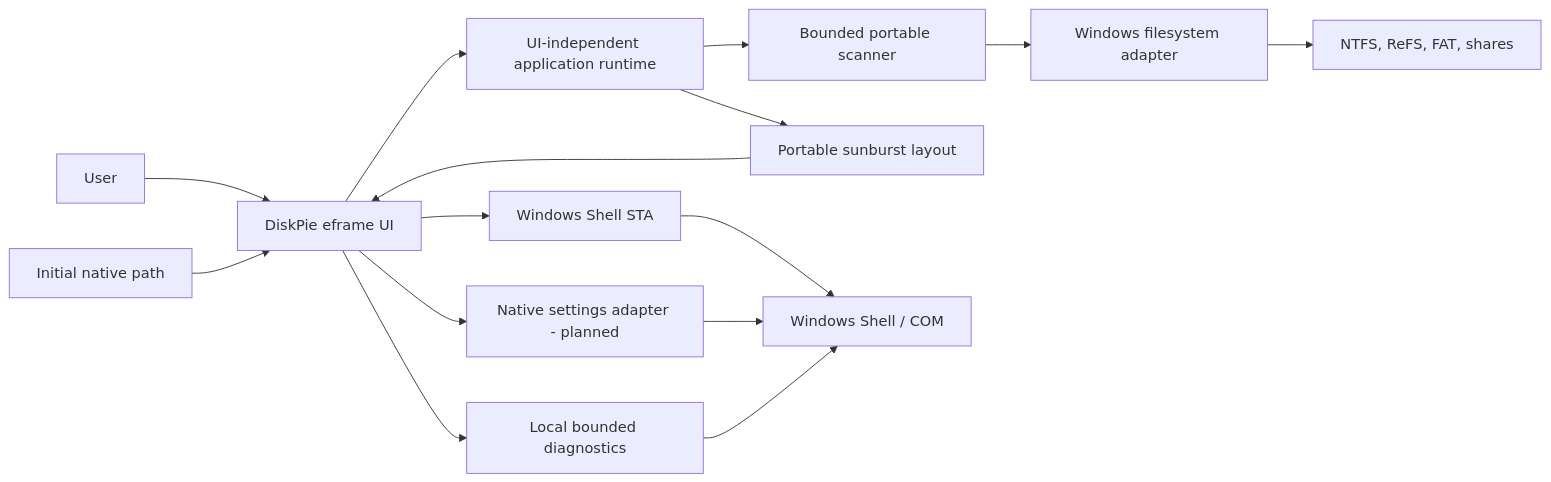
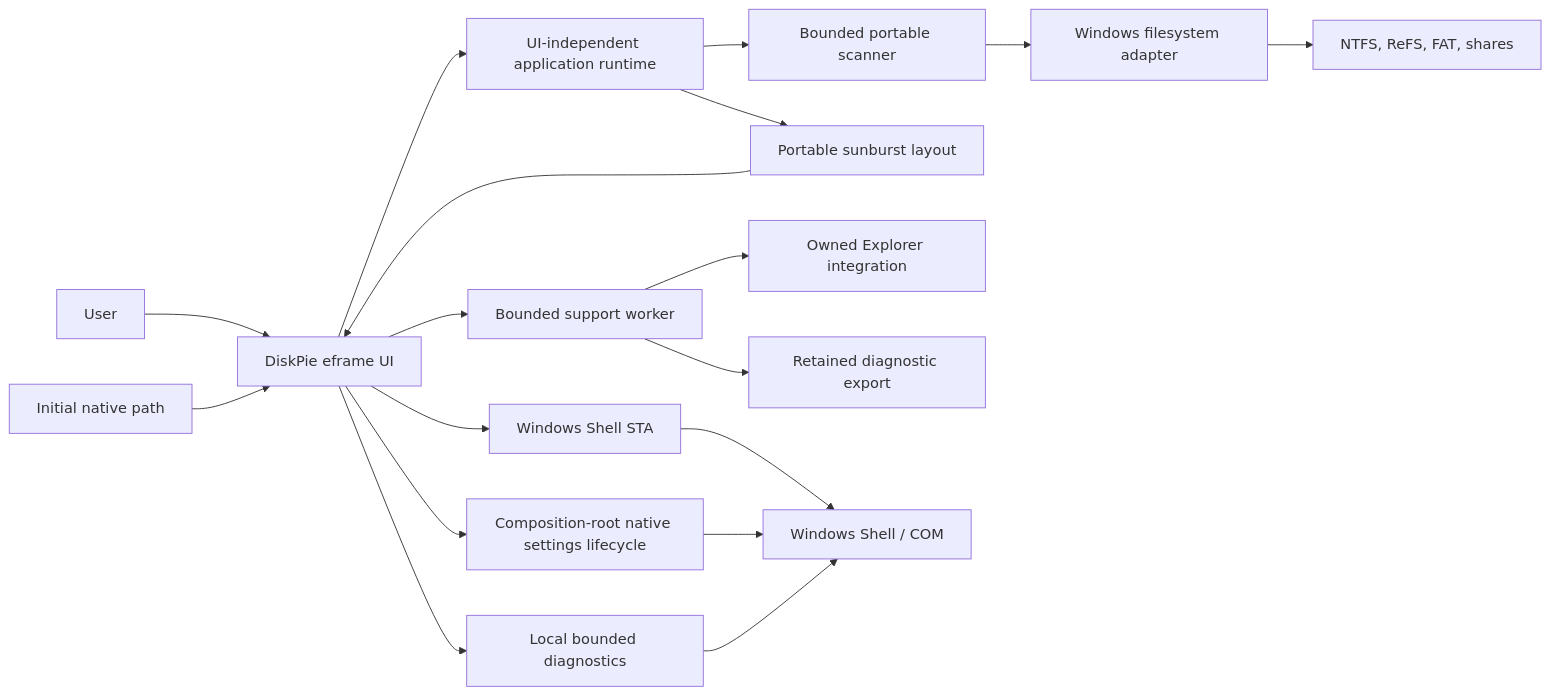
The first of 5 diagrams in docs/architecture.md (Luexi/diskpie), drawn with Mermaid before and after one commit. The commit also changed other lines of this file and 219 other files, not shown here.

````diff
--- a/docs/architecture.md
+++ b/docs/architecture.md
@@ -22,17 +26,20 @@
 ```mermaid
 flowchart LR
     User["User"] --> UI["DiskPie eframe UI"]
     CLI["Initial native path"] --> UI
     UI --> App["UI-independent application runtime"]
     App --> Scan["Bounded portable scanner"]
     Scan --> WinFS["Windows filesystem adapter"]
     App --> Layout["Portable sunburst layout"]
     Layout --> UI
     UI --> Shell["Windows Shell STA"]
-    UI --> Settings["Native settings adapter - planned"]
+    UI --> Support["Bounded support worker"]
+    Support --> Registry["Owned Explorer integration"]
+    Support --> Export["Retained diagnostic export"]
+    UI --> Settings["Composition-root native settings lifecycle"]
     UI --> Diagnostics["Local bounded diagnostics"]
     Shell --> Windows["Windows Shell / COM"]
     WinFS --> NTFS["NTFS, ReFS, FAT, shares"]
     Settings --> Windows
     Diagnostics --> Windows
 ```
````
